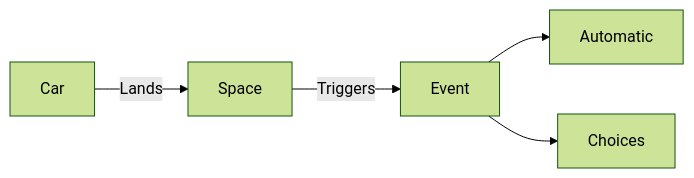
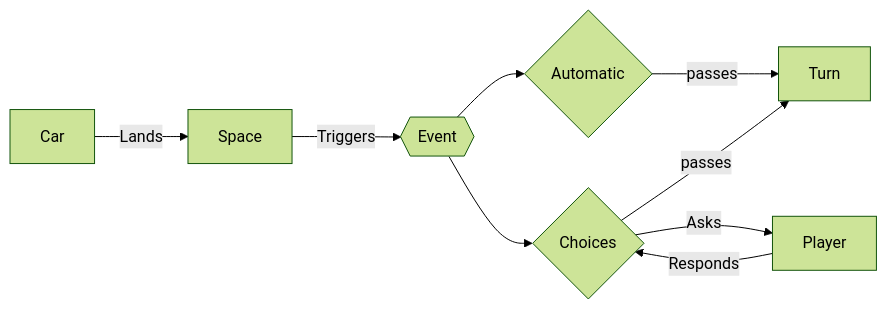
The sixth of 10 diagrams in README.md (duduardo45/INF1636-POO-Banco-Imobiliario), drawn with Mermaid (forest theme) before and after one commit. The commit also changed other lines of this file, not shown here.

Commit message:
faz diagramas de ocorrencias necessarias para 1a iteracao

````diff
--- a/README.md
+++ b/README.md
@@ -55,6 +85,7 @@
 ```mermaid
 flowchart LR;
-    Car -- Lands --> Space -- Triggers --> Event;
-    Event --> Automatic;
-    Event --> Choices;
+    Car -- Lands --> Space -- Triggers --> id3{{Event}};
+    id3{{Event}} --> id1{Automatic} -- passes --> Turn;
+    id3{{Event}} --> id2{Choices} -- Asks --> Player;
+    Player -- Responds --> id2{Choices} -- passes --> Turn;
 ```
````
